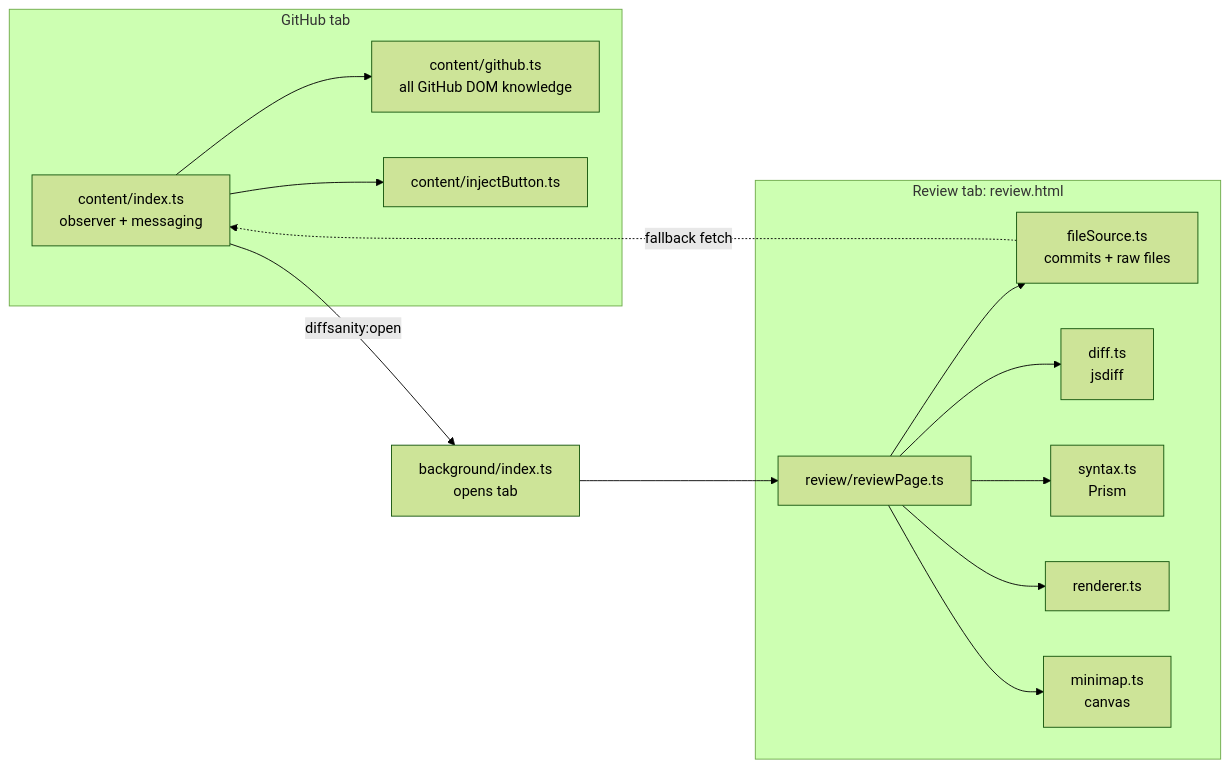
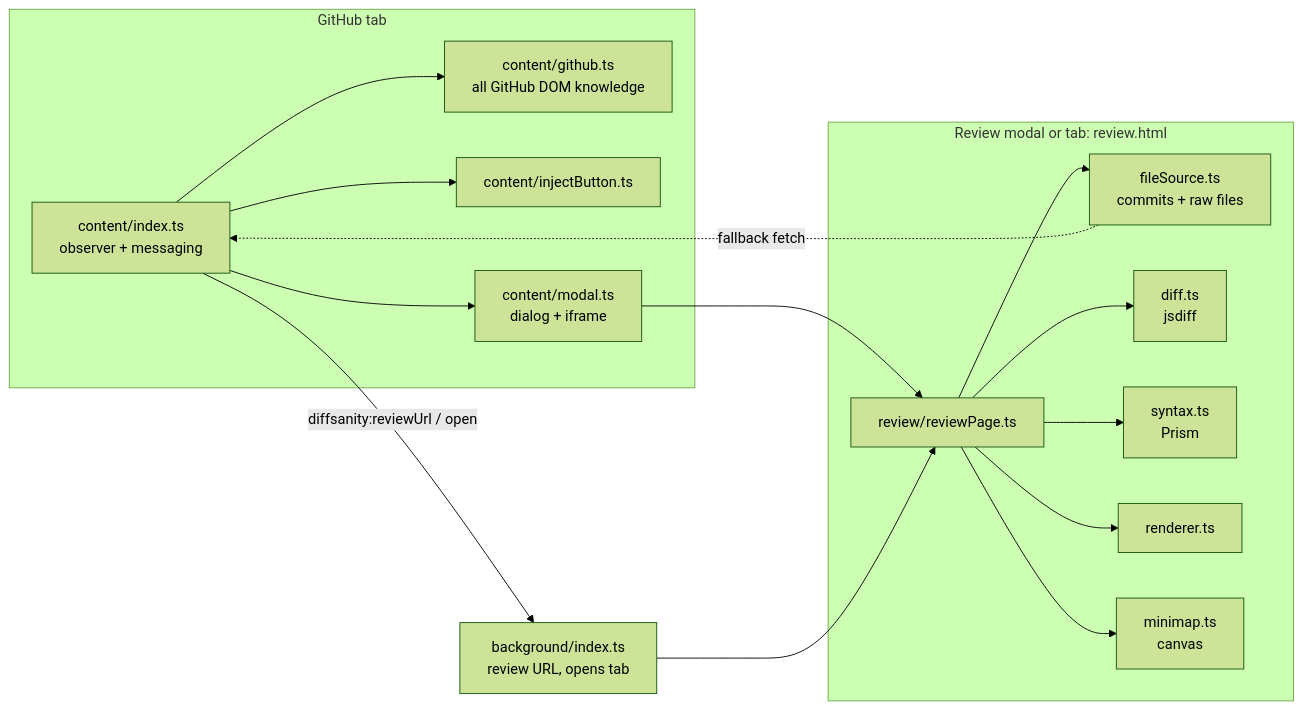
The diagram in README.md (zubeirom/DiffSanity), drawn with Mermaid (forest theme) before and after one commit. The commit also changed other lines of this file and 14 other files, not shown here.

First line of the commit message:
Open reviews in a modal over GitHub by default

````diff
--- a/README.md
+++ b/README.md
@@ -48,17 +51,19 @@
 ```mermaid
 flowchart LR
   subgraph GitHub tab
     C[content/index.ts<br/>observer + messaging] --> G[content/github.ts<br/>all GitHub DOM knowledge]
     C --> B[content/injectButton.ts]
+    C --> O[content/modal.ts<br/>dialog + iframe]
   end
-  C -- diffsanity:open --> W[background/index.ts<br/>opens tab]
+  C -- diffsanity:reviewUrl / open --> W[background/index.ts<br/>review URL, opens tab]
+  O --> R
   W --> R
-  subgraph Review tab: review.html
+  subgraph Review modal or tab: review.html
     R[review/reviewPage.ts] --> F[fileSource.ts<br/>commits + raw files]
     R --> D[diff.ts<br/>jsdiff]
     R --> S[syntax.ts<br/>Prism]
     R --> X[renderer.ts]
     R --> M[minimap.ts<br/>canvas]
   end
   F -. fallback fetch .-> C
 ```
````
